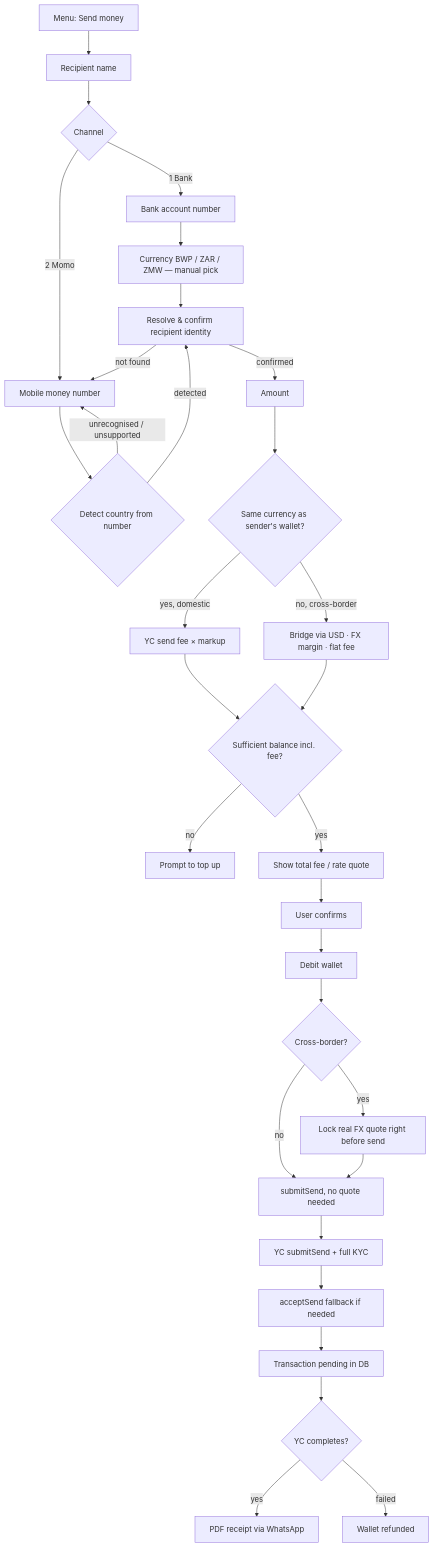
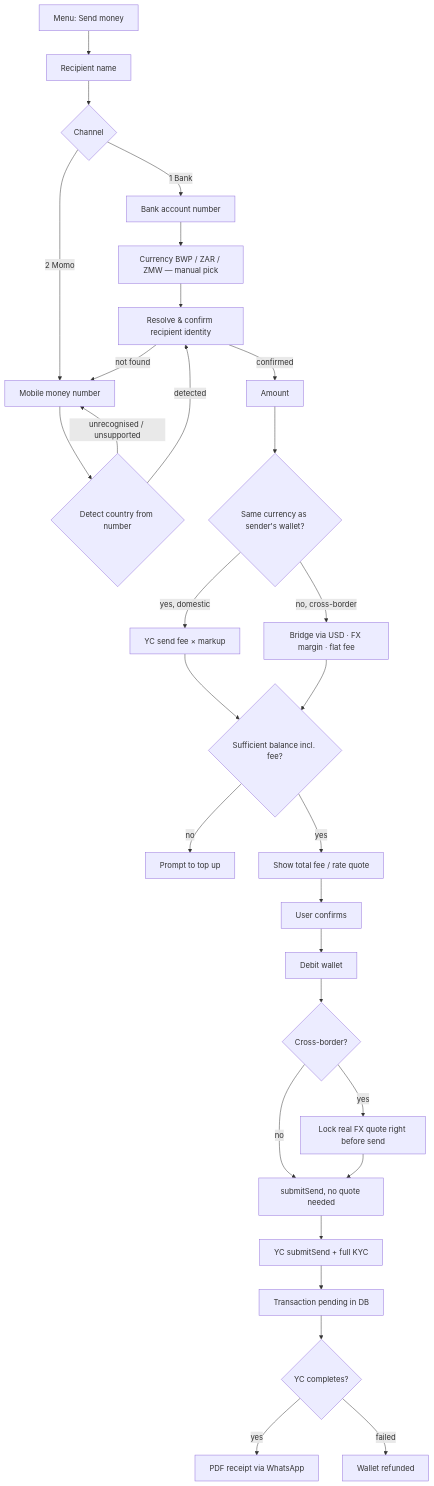
One commit to Brusselsmara/whatsapp-bot-automated changed the third of 4 diagrams in README.md. Above: the diagram before and after it, drawn with Mermaid. The commit also changed other lines of this file and 2 other files, not shown here.

Commit message:
Fix YC HMAC auth for bodyless POST requests.
Only sign request body when one is sent (per YC docs), and drop redundant acceptSend fallback since submitSend already uses forceAccept.

````diff
--- a/README.md
+++ b/README.md
@@ -279,33 +279,32 @@
 ```mermaid
 flowchart TD
     A[Menu: Send money] --> B[Recipient name]
     B --> C{Channel}
     C -->|1 Bank| D[Bank account number]
     C -->|2 Momo| E[Mobile money number]
     D --> F[Currency BWP / ZAR / ZMW — manual pick]
     E --> G{Detect country from number}
     G -->|unrecognised / unsupported| E
     G -->|detected| H2[Resolve & confirm recipient identity]
     F --> H2
     H2 -->|not found| E
     H2 -->|confirmed| H[Amount]
     H --> I{Same currency as sender's wallet?}
     I -->|yes, domestic| J[YC send fee × markup]
     I -->|no, cross-border| K[Bridge via USD · FX margin · flat fee]
     J --> L{Sufficient balance incl. fee?}
     K --> L
     L -->|no| M[Prompt to top up]
     L -->|yes| N[Show total fee / rate quote]
     N --> O[User confirms]
     O --> P[Debit wallet]
     P --> Q{Cross-border?}
     Q -->|yes| R[Lock real FX quote right before send]
     Q -->|no| S[submitSend, no quote needed]
     R --> S
     S --> T[YC submitSend + full KYC]
-    T --> U[acceptSend fallback if needed]
-    U --> V[Transaction pending in DB]
+    T --> V[Transaction pending in DB]
     V --> W{YC completes?}
     W -->|yes| X[PDF receipt via WhatsApp]
     W -->|failed| Y[Wallet refunded]
 ```
````
